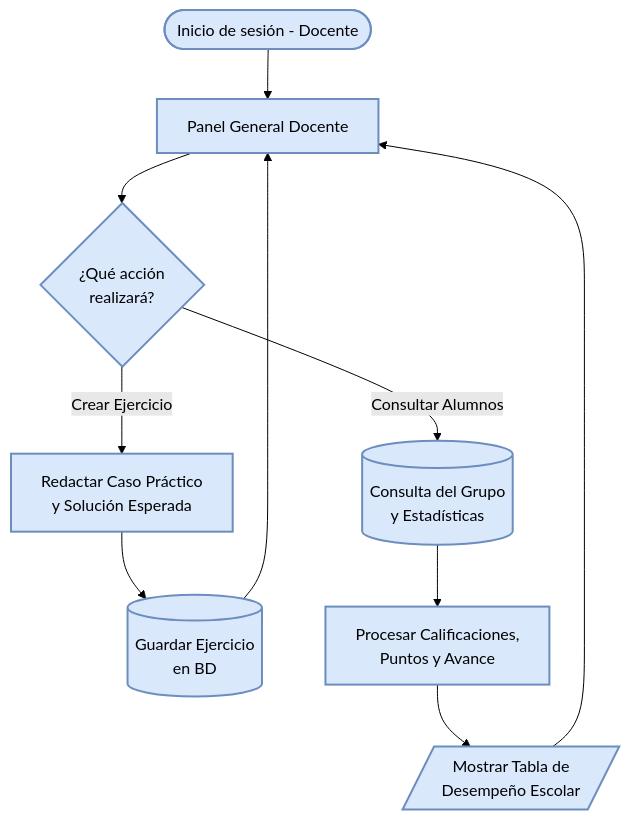
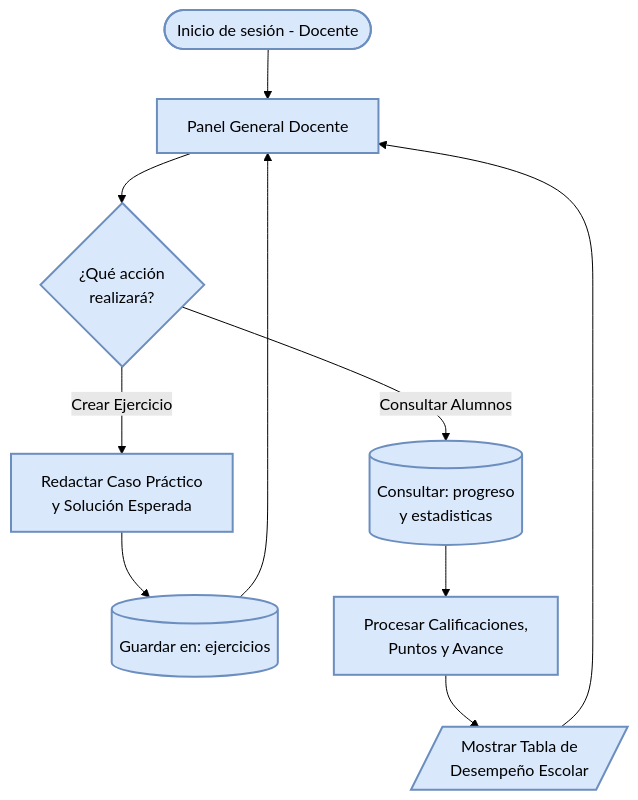
The diagram in docs/dfd_05_panel_docente.md (ManuelZunigaDev/debihaby), drawn with Mermaid (forest theme) before and after one commit. The commit also changed 9 other files, not shown here.

Commit message:
docs: DFD and diagrams, and structure BD V2

````diff
--- a/docs/dfd_05_panel_docente.md
+++ b/docs/dfd_05_panel_docente.md
@@ -5,17 +5,17 @@
 ```mermaid
 flowchart TD
     Inicio([Inicio de sesión - Docente]) --> Dashboard[Panel General Docente]
     Dashboard --> Accion{¿Qué acción <br> realizará?}
 
     Accion -- Crear Ejercicio --> Formulacion[Redactar Caso Práctico <br> y Solución Esperada]
-    Formulacion --> CargaBD[(Guardar Ejercicio <br> en BD)]
+    Formulacion --> CargaBD[(Guardar en: ejercicios)]
     CargaBD --> Dashboard
 
-    Accion -- Consultar Alumnos --> Peticion[(Consulta del Grupo <br> y Estadísticas)]
+    Accion -- Consultar Alumnos --> Peticion[(Consultar: progreso <br> y estadisticas)]
     Peticion --> GenerarReporte[Procesar Calificaciones, <br> Puntos y Avance]
     GenerarReporte --> Desplegar[/Mostrar Tabla de <br> Desempeño Escolar/]
     Desplegar --> Dashboard
 
     %% Estilo general tipo Visio/DIA
     classDef default fill:#dae8fc,stroke:#6c8ebf,stroke-width:2px,color:#000;
 ```
````
